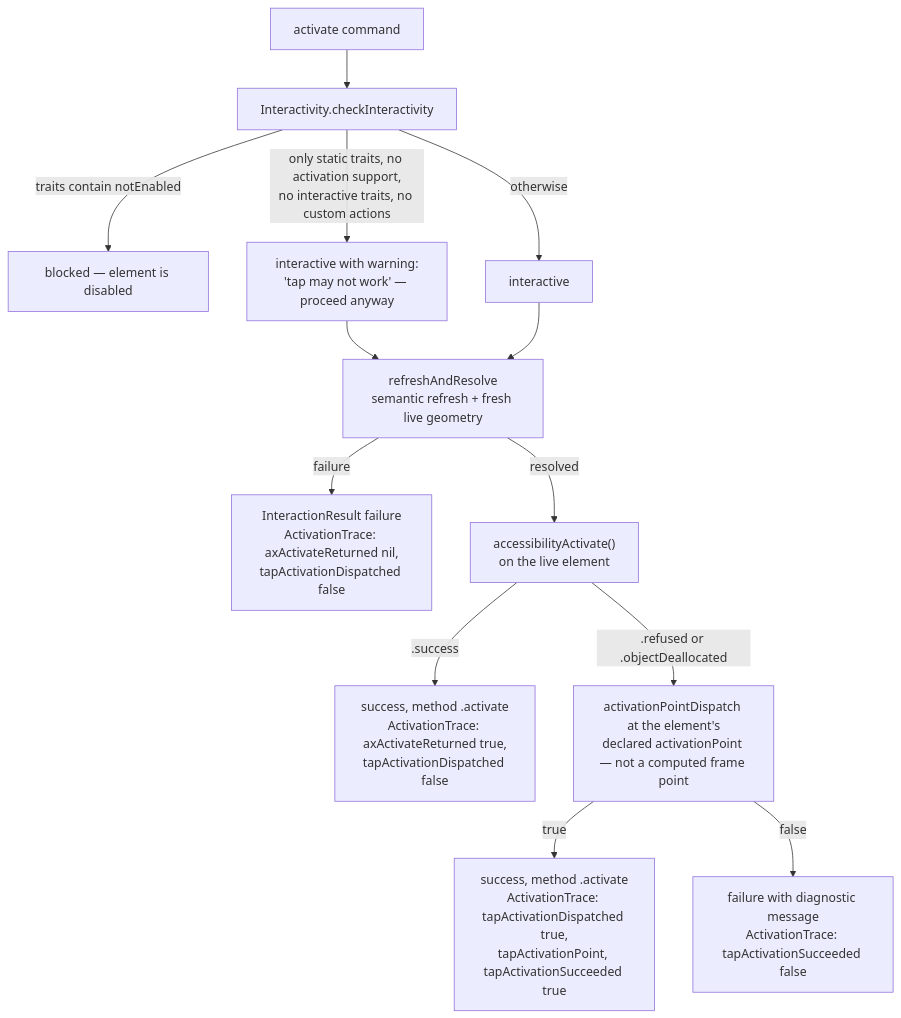
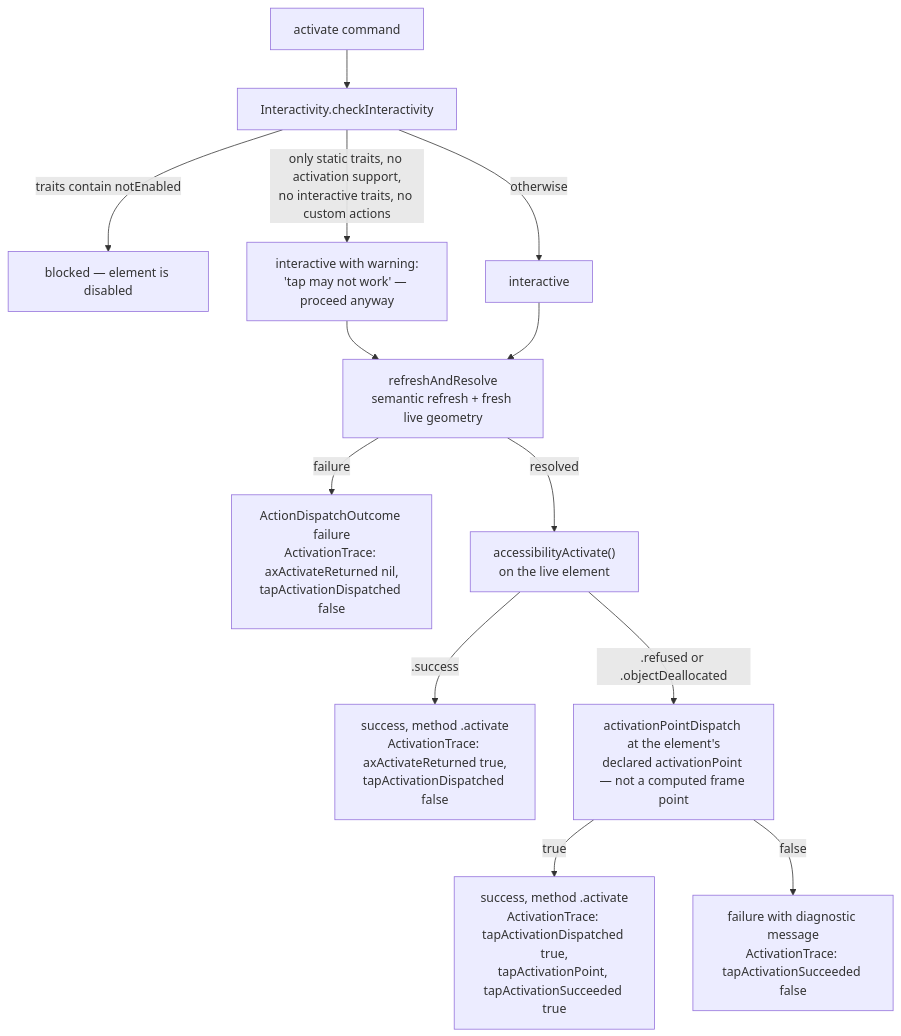
The diagram in docs/diagrams/activation-policy.md (RoyalPineapple/TheButtonHeist), drawn with Mermaid before and after one commit. The commit also changed 361 other files, not shown here.

Commit message:
Consolidate Button Heist runtime architecture (#1349)

````diff
--- a/docs/diagrams/activation-policy.md
+++ b/docs/diagrams/activation-policy.md
@@ -8,15 +8,15 @@
 ```mermaid
 flowchart TD
     START["activate command"] --> CHECK["Interactivity.checkInteractivity"]
     CHECK -- "traits contain notEnabled" --> BLOCKED["blocked — element is disabled"]
     CHECK -- "only static traits, no activation support,<br/>no interactive traits, no custom actions" --> WARN["interactive with warning:<br/>'tap may not work' — proceed anyway"]
     CHECK -- "otherwise" --> PROCEED["interactive"]
     WARN --> REFRESH
     PROCEED --> REFRESH["refreshAndResolve<br/>semantic refresh + fresh live geometry"]
-    REFRESH -- "failure" --> FAIL1["InteractionResult failure<br/>ActivationTrace: axActivateReturned nil,<br/>tapActivationDispatched false"]
+    REFRESH -- "failure" --> FAIL1["ActionDispatchOutcome failure<br/>ActivationTrace: axActivateReturned nil,<br/>tapActivationDispatched false"]
     REFRESH -- "resolved" --> AXACT["accessibilityActivate()<br/>on the live element"]
     AXACT -- ".success" --> OK1["success, method .activate<br/>ActivationTrace: axActivateReturned true,<br/>tapActivationDispatched false"]
     AXACT -- ".refused or .objectDeallocated" --> TAP["activationPointDispatch at the element's<br/>declared activationPoint — not a computed frame point"]
     TAP -- "true" --> OK2["success, method .activate<br/>ActivationTrace: tapActivationDispatched true,<br/>tapActivationPoint, tapActivationSucceeded true"]
     TAP -- "false" --> FAIL2["failure with diagnostic message<br/>ActivationTrace: tapActivationSucceeded false"]
 ```
````
